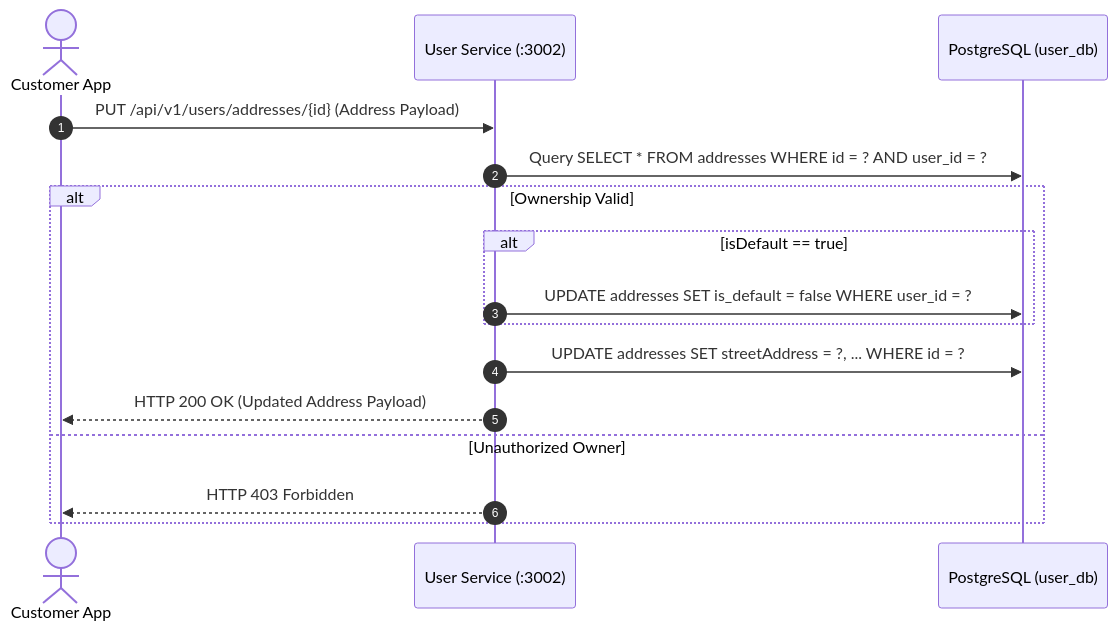
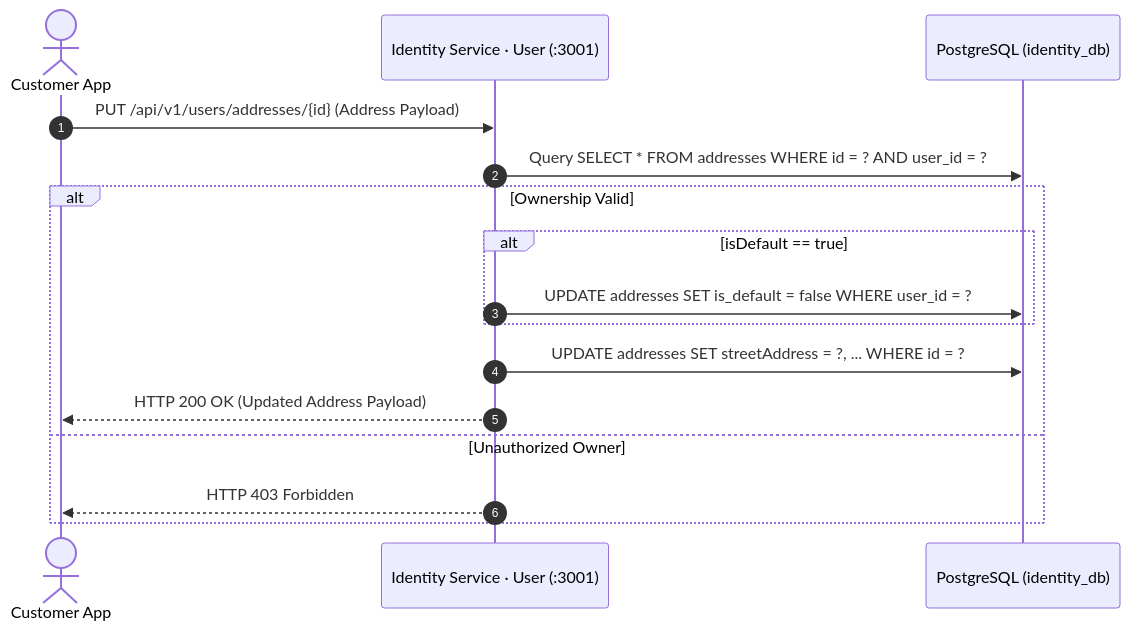
One commit to nilernous/omni-ecommerce-platform changed the diagram in .agent/workflows/user/update-address.md. Above: the diagram before and after it, drawn with Mermaid. The commit also changed other lines of this file and 54 other files, not shown here.

First line of the commit message:
docs: update architecture docs for the 12-service layout

````diff
--- a/.agent/workflows/user/update-address.md
+++ b/.agent/workflows/user/update-address.md
@@ -204,19 +204,19 @@
 ```mermaid
 sequenceDiagram
   autonumber
   actor Client as Customer App
-  participant UserSvc as User Service (:3002)
-  participant DB as PostgreSQL (user_db)
+  participant UserSvc as Identity Service · User (:3001)
+  participant DB as PostgreSQL (identity_db)
 
   Client->>UserSvc: PUT /api/v1/users/addresses/{id} (Address Payload)
   UserSvc->>DB: Query SELECT * FROM addresses WHERE id = ? AND user_id = ?
   alt Ownership Valid
     alt isDefault == true
       UserSvc->>DB: UPDATE addresses SET is_default = false WHERE user_id = ?
     end
     UserSvc->>DB: UPDATE addresses SET streetAddress = ?, ... WHERE id = ?
     UserSvc-->>Client: HTTP 200 OK (Updated Address Payload)
   else Unauthorized Owner
     UserSvc-->>Client: HTTP 403 Forbidden
   end
 ```
````
